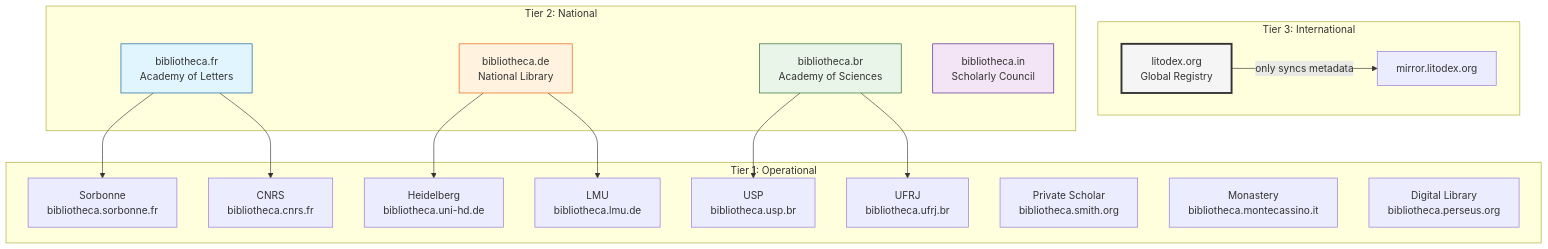
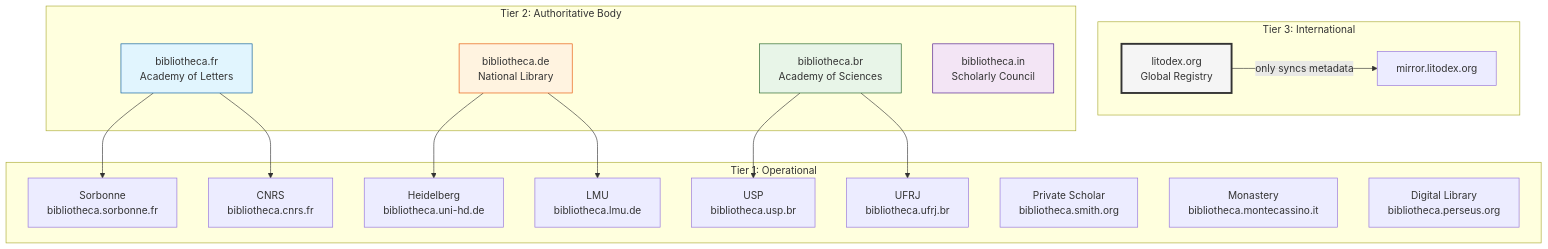
The first of 4 diagrams in README.md (deyanovich/litodex), drawn with Mermaid before and after one commit. The commit also changed other lines of this file, not shown here.

````diff
--- a/README.md
+++ b/README.md
@@ -68,33 +66,33 @@
 ```mermaid
 graph TB
     subgraph "Tier 3: International"
         I[litodex.org<br/>Global Registry]
         I -->|only syncs metadata| I2[mirror.litodex.org]
     end
 
-    subgraph "Tier 2: National"
+    subgraph "Tier 2: Authoritative Body"
         N1[bibliotheca.fr<br/>Academy of Letters]
         N2[bibliotheca.de<br/>National Library]
         N3[bibliotheca.br<br/>Academy of Sciences]
         N4[bibliotheca.in<br/>Scholarly Council]
     end
 
     subgraph "Tier 1: Operational"
         N1 --> U1[Sorbonne<br/>bibliotheca.sorbonne.fr]
         N1 --> U2[CNRS<br/>bibliotheca.cnrs.fr]
         N2 --> U3[Heidelberg<br/>bibliotheca.uni-hd.de]
         N2 --> U4[LMU<br/>bibliotheca.lmu.de]
         N3 --> U5[USP<br/>bibliotheca.usp.br]
         N3 --> U6[UFRJ<br/>bibliotheca.ufrj.br]
         
         U7[Private Scholar<br/>bibliotheca.smith.org]
         U8[Monastery<br/>bibliotheca.montecassino.it]
         U9[Digital Library<br/>bibliotheca.perseus.org]
     end
     
     style I fill:#f5f5f5,stroke:#333,stroke-width:3px
     style N1 fill:#e1f5fe,stroke:#01579b
     style N2 fill:#fff3e0,stroke:#e65100
     style N3 fill:#e8f5e8,stroke:#1b5e20
     style N4 fill:#f3e5f5,stroke:#4a148c
 ```
````
